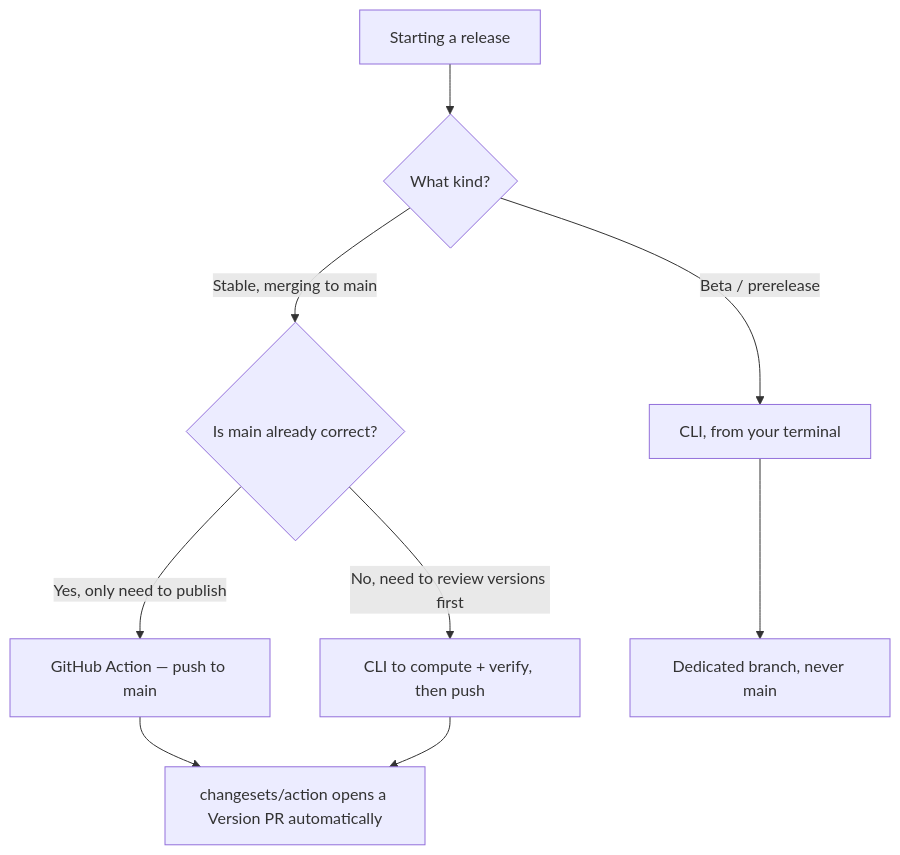
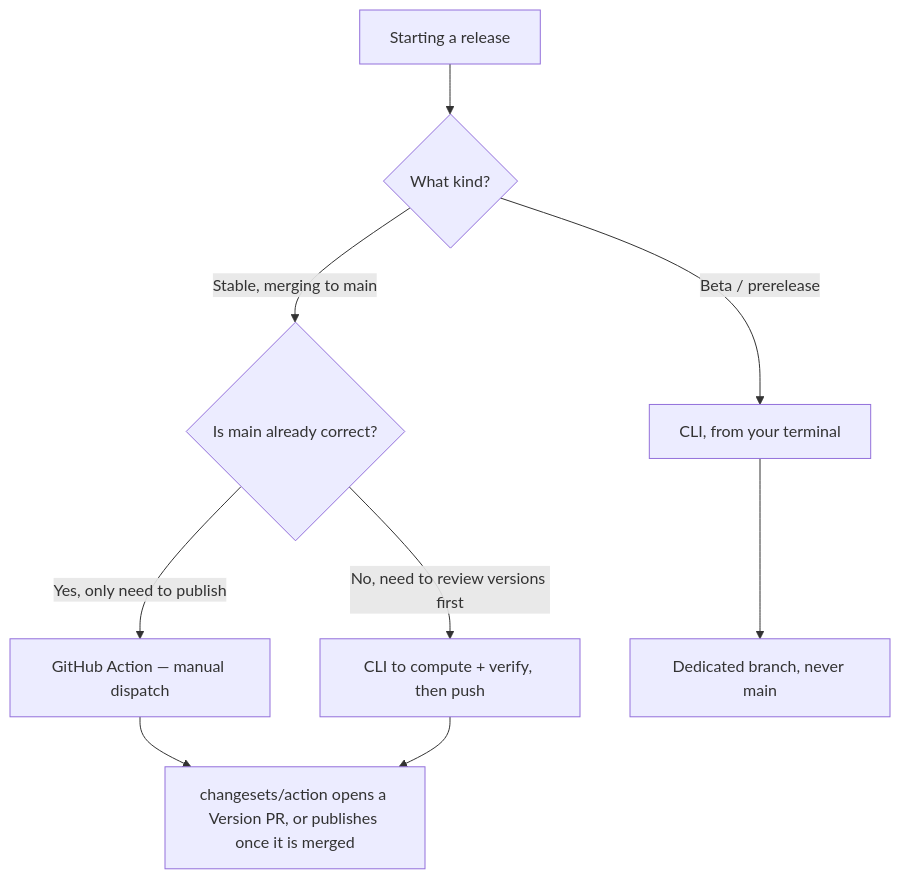
The second of 3 diagrams in apps/website/content/docs/architecture/release-handbook.mdx (0xTanzim/nextRush), drawn with Mermaid before and after one commit. The commit also changed other lines of this file and 9 other files, not shown here.

````diff
--- a/apps/website/content/docs/architecture/release-handbook.mdx
+++ b/apps/website/content/docs/architecture/release-handbook.mdx
@@ -127,11 +127,11 @@
 ```mermaid
 flowchart TD
     A[Starting a release] --> B{What kind?}
     B -->|Beta / prerelease| C[CLI, from your terminal]
     B -->|Stable, merging to main| D{Is main already correct?}
-    D -->|Yes, only need to publish| E[GitHub Action — push to main]
+    D -->|Yes, only need to publish| E[GitHub Action — manual dispatch]
     D -->|No, need to review versions first| F[CLI to compute + verify, then push]
     C --> G[Dedicated branch, never main]
-    E --> H[changesets/action opens a Version PR automatically]
+    E --> H[changesets/action opens a Version PR, or publishes once it is merged]
     F --> H
 ```
````
